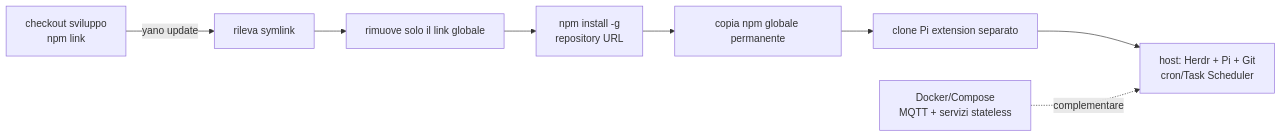
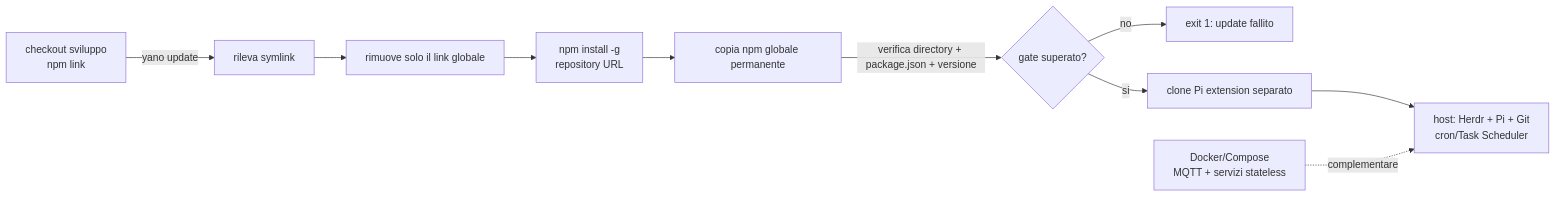
One commit to alessiobacin/yano-orchestrator changed the diagram in docs/diagram/07-update-installazione.mmd. Above: the diagram before and after it, drawn with Mermaid. The commit also changed 32 other files, not shown here.

```diff
--- a/docs/diagram/07-update-installazione.mmd
+++ b/docs/diagram/07-update-installazione.mmd
@@ -1,8 +1,10 @@
 flowchart LR
     DEV["checkout sviluppo\nnpm link"] -->|yano update| DETECT["rileva symlink"]
     DETECT --> REMOVE["rimuove solo il link globale"]
     REMOVE --> NPM["npm install -g\nrepository URL"]
     NPM --> PERM["copia npm globale permanente"]
-    PERM --> PI["clone Pi extension separato"]
+    PERM -->|verifica directory + package.json + versione| GATE{"gate superato?"}
+    GATE -->|no| FAIL["exit 1: update fallito"]
+    GATE -->|si| PI["clone Pi extension separato"]
     PI --> HOST["host: Herdr + Pi + Git\ncron/Task Scheduler"]
     DOCKER["Docker/Compose\nMQTT + servizi stateless"] -. complementare .-> HOST
```
